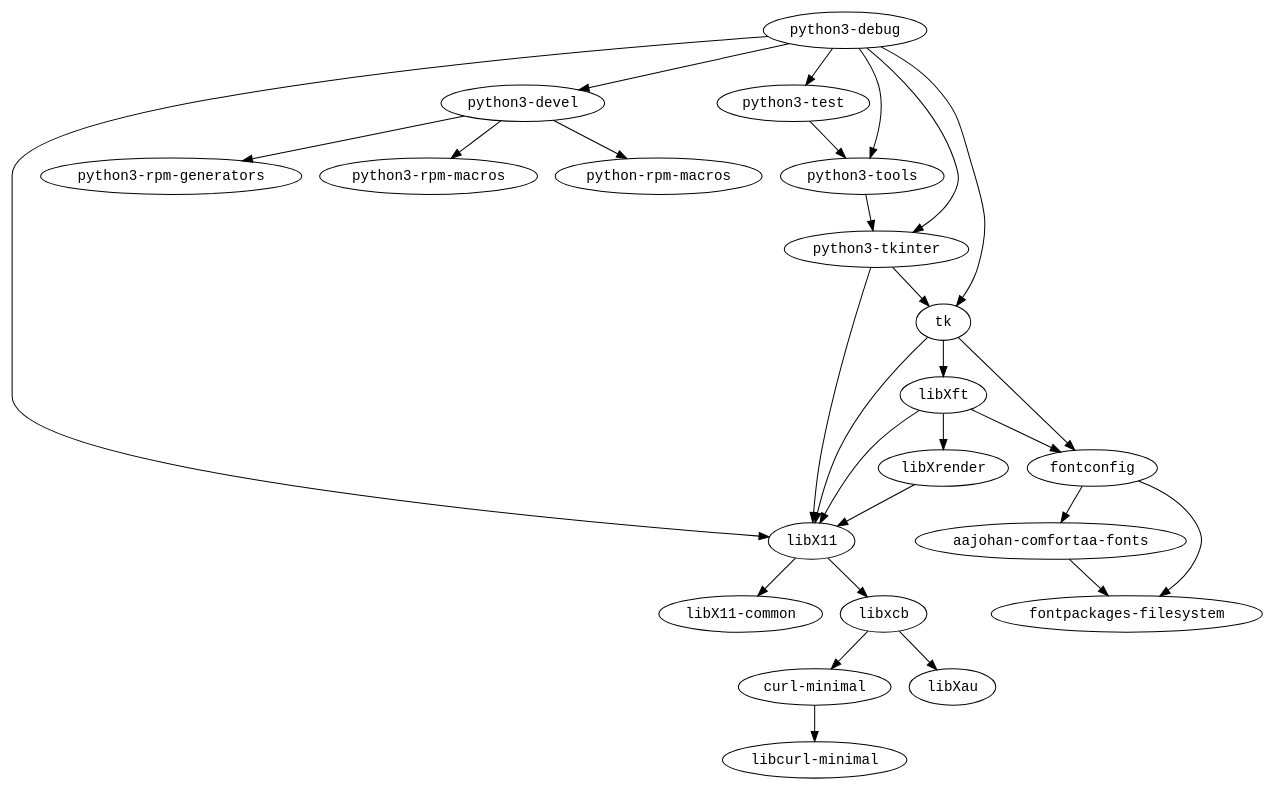
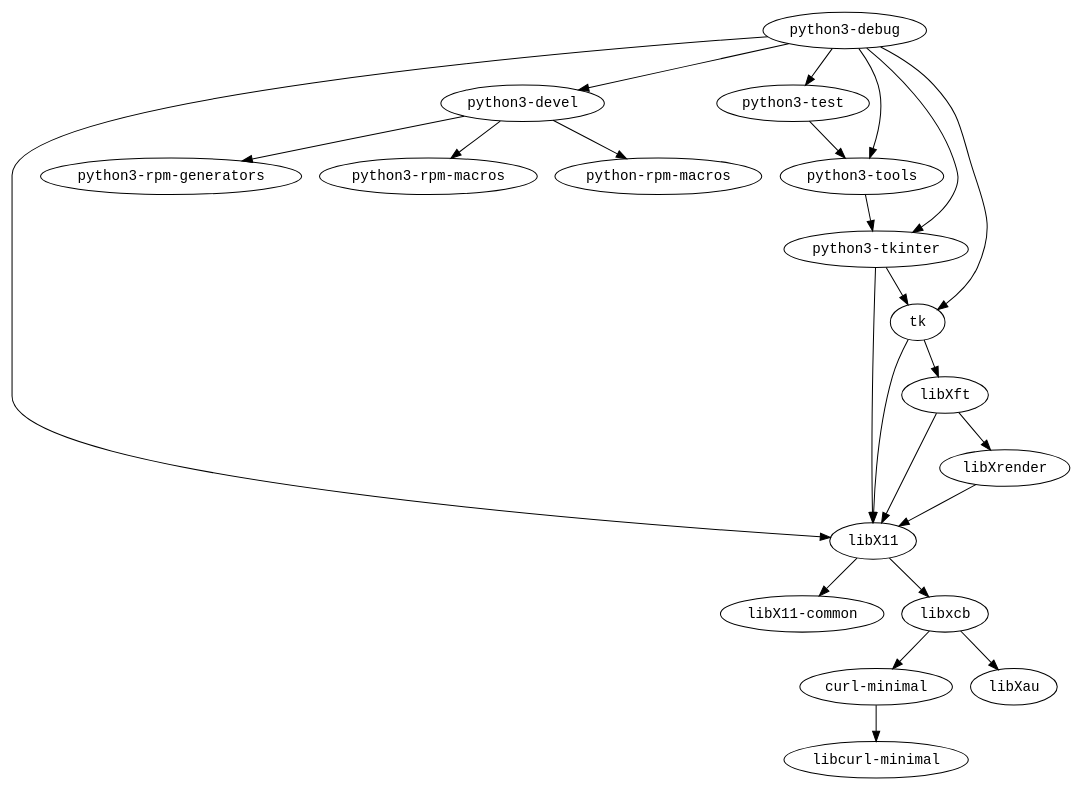
One commit to fedora-modularity/dependency-report changed the diagram in modules/python3/i686/graph.dot. Above: the diagram before and after it, drawn with Graphviz. The commit also changed 1239 other files, not shown here.

```diff
--- a/modules/python3/i686/graph.dot
+++ b/modules/python3/i686/graph.dot
@@ -1,31 +1,26 @@
 strict digraph G {
 node [fontname=monospace];
-  "aajohan-comfortaa-fonts" -> "fontpackages-filesystem";
   "curl-minimal" -> "libcurl-minimal";
-  "fontconfig" -> "aajohan-comfortaa-fonts";
-  "fontconfig" -> "fontpackages-filesystem";
   "libX11" -> "libX11-common";
   "libX11" -> "libxcb";
   "libxcb" -> "curl-minimal";
   "libxcb" -> "libXau";
-  "libXft" -> "fontconfig";
   "libXft" -> "libX11";
   "libXft" -> "libXrender";
   "libXrender" -> "libX11";
   "python3-debug" -> "libX11";
   "python3-debug" -> "python3-devel";
   "python3-debug" -> "python3-test";
   "python3-debug" -> "python3-tkinter";
   "python3-debug" -> "python3-tools";
   "python3-debug" -> "tk";
   "python3-devel" -> "python3-rpm-generators";
   "python3-devel" -> "python3-rpm-macros";
   "python3-devel" -> "python-rpm-macros";
   "python3-test" -> "python3-tools";
   "python3-tkinter" -> "libX11";
   "python3-tkinter" -> "tk";
   "python3-tools" -> "python3-tkinter";
-  "tk" -> "fontconfig";
   "tk" -> "libX11";
   "tk" -> "libXft";
 }
```
